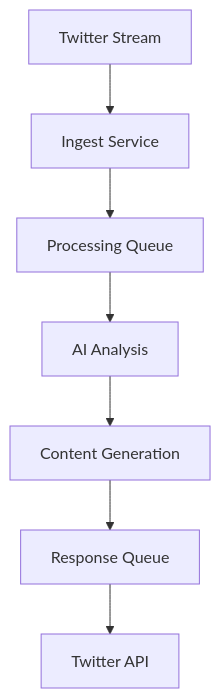
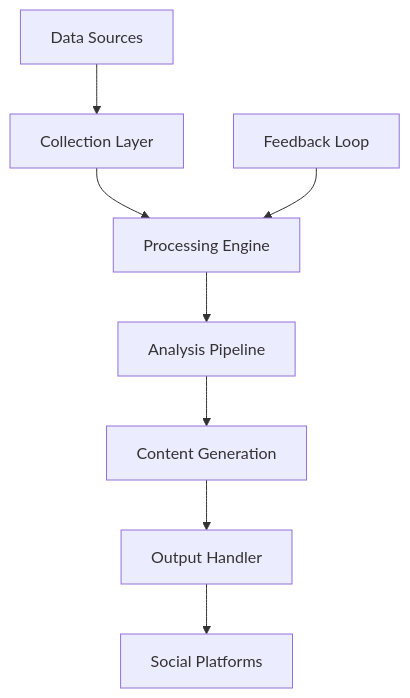
One commit to humanperzeus/CZ-Ai-Agent-MVP_2 changed the diagram in README.md. Above: the diagram before and after it, drawn with Mermaid. The commit also changed other lines of this file, not shown here.

Commit message:
Docs(readme): refocus on architecture and implementation plan

````diff
--- a/README.md
+++ b/README.md
@@ -59,9 +57,10 @@
 ```mermaid
 graph TD
-    A[Twitter Stream] --> B[Ingest Service]
-    B --> C[Processing Queue]
-    C --> D[AI Analysis]
+    A[Data Sources] --> B[Collection Layer]
+    B --> C[Processing Engine]
+    C --> D[Analysis Pipeline]
     D --> E[Content Generation]
-    E --> F[Response Queue]
-    F --> G[Twitter API]
+    E --> F[Output Handler]
+    F --> G[Social Platforms]
+    H[Feedback Loop] --> C
 ```
````
